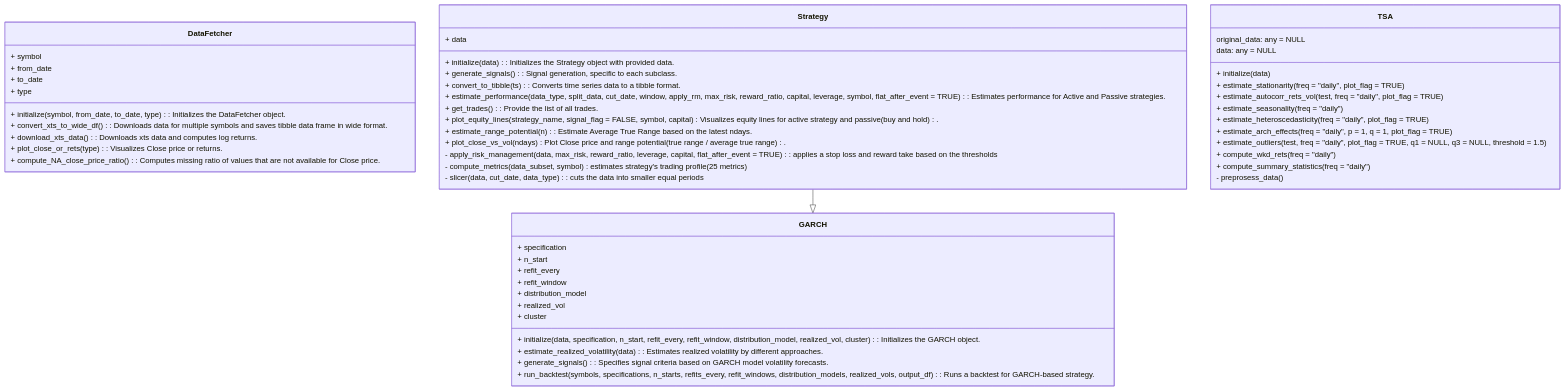
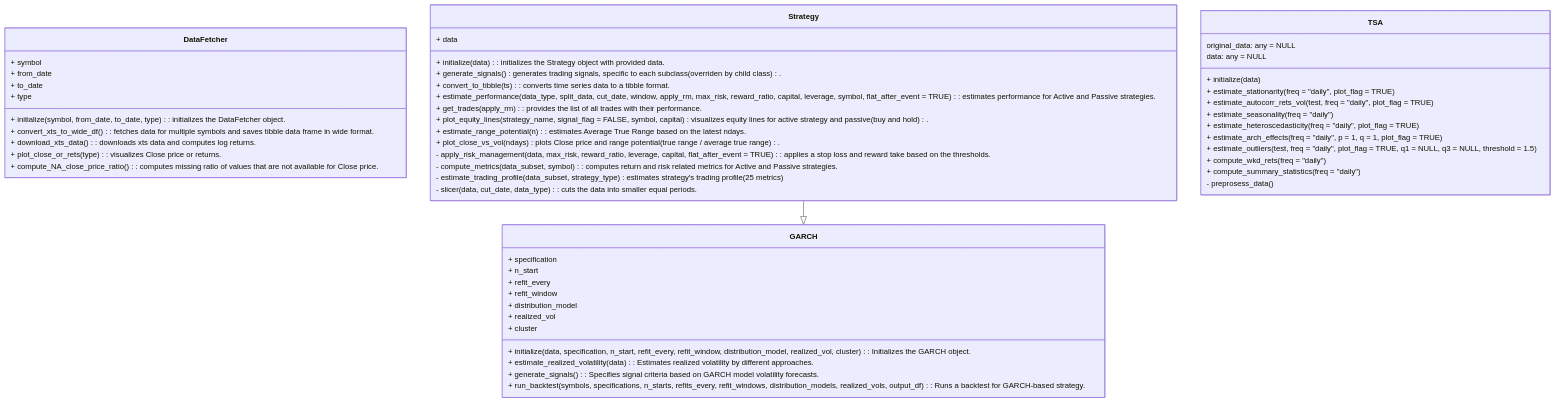
Before and after one commit to kraif999/ATS: the second of 2 diagrams in README.md, drawn with Mermaid. The commit also changed 4 other files, not shown here.

Commit message:
Update of get_trades() method, split compute_metrics() method in two functions, add plot_rm_levels. Update of number of positions calculation when reversal takes place (Open price is used instead of Close).

````diff
--- a/README.md
+++ b/README.md
@@ -65,61 +65,62 @@
 ```mermaid
 classDiagram
 
    class DataFetcher {
         + symbol
         + from_date
         + to_date
         + type
-        + initialize(symbol, from_date, to_date, type): Initializes the DataFetcher object.
-        + convert_xts_to_wide_df(): Downloads data for multiple symbols and saves tibble data frame in wide format.
-        + download_xts_data(): Downloads xts data and computes log returns.
-        + plot_close_or_rets(type): Visualizes Close price or returns.
-        + compute_NA_close_price_ratio(): Computes missing ratio of values that are not available for Close price.
+        + initialize(symbol, from_date, to_date, type): initializes the DataFetcher object.
+        + convert_xts_to_wide_df(): fetches data for multiple symbols and saves tibble data frame in wide format.
+        + download_xts_data(): downloads xts data and computes log returns.
+        + plot_close_or_rets(type): visualizes Close price or returns.
+        + compute_NA_close_price_ratio(): computes missing ratio of values that are not available for Close price.
     }
     class Strategy {
         + data
-        + initialize(data) : Initializes the Strategy object with provided data.
-        + generate_signals() : Signal generation, specific to each subclass.
-        + convert_to_tibble(ts) : Converts time series data to a tibble format.
-        + estimate_performance(data_type, split_data, cut_date, window, apply_rm, max_risk, reward_ratio, capital, leverage, symbol, flat_after_event = TRUE) : Estimates performance for Active and Passive strategies.
-        + get_trades() : Provide the list of all trades.
-        + plot_equity_lines(strategy_name, signal_flag = FALSE, symbol, capital) : Visualizes equity lines for active strategy and passive (buy and hold).
-        + estimate_range_potential(n) : Estimate Average True Range based on the latest ndays.
-        + plot_close_vs_vol(ndays) : Plot Close price and range potential (true range / average true range).
-        - apply_risk_management(data, max_risk, reward_ratio, leverage, capital, flat_after_event = TRUE) : applies a stop loss and reward take based on the thresholds
-        - compute_metrics(data_subset, symbol) : estimates strategy's trading profile (25 metrics)
-        - slicer(data, cut_date, data_type) : cuts the data into smaller equal periods
+        + initialize(data) : initializes the Strategy object with provided data.
+        + generate_signals() : generates trading signals, specific to each subclass (overriden by child class).
+        + convert_to_tibble(ts) : converts time series data to a tibble format.
+        + estimate_performance(data_type, split_data, cut_date, window, apply_rm, max_risk, reward_ratio, capital, leverage, symbol, flat_after_event = TRUE) : estimates performance for Active and Passive strategies.
+        + get_trades(apply_rm) : provides the list of all trades with their performance.
+        + plot_equity_lines(strategy_name, signal_flag = FALSE, symbol, capital) : visualizes equity lines for active strategy and passive (buy and hold).
+        + estimate_range_potential(n) : estimates Average True Range based on the latest ndays.
+        + plot_close_vs_vol(ndays) : plots Close price and range potential (true range / average true range).
+        - apply_risk_management(data, max_risk, reward_ratio, leverage, capital, flat_after_event = TRUE) : applies a stop loss and reward take based on the thresholds.
+        - compute_metrics(data_subset, symbol) : computes return and risk related metrics for Active and Passive strategies.
+        - estimate_trading_profile(data_subset, strategy_type) : estimates strategy's trading profile (25 metrics)
+        - slicer(data, cut_date, data_type) : cuts the data into smaller equal periods.
     }
 
     class TSA {
         original_data: any = NULL
         data: any = NULL
         + initialize(data)
         + estimate_stationarity(freq = "daily", plot_flag = TRUE)
         + estimate_autocorr_rets_vol(test, freq = "daily", plot_flag = TRUE)
         + estimate_seasonality(freq = "daily")
         + estimate_heteroscedasticity(freq = "daily", plot_flag = TRUE)
         + estimate_arch_effects(freq = "daily", p = 1, q = 1, plot_flag = TRUE)
         + estimate_outliers(test, freq = "daily", plot_flag = TRUE, q1 = NULL, q3 = NULL, threshold = 1.5)
         + compute_wkd_rets(freq = "daily")
         + compute_summary_statistics(freq = "daily")
         - preprosess_data()
     }
 
     class GARCH {
         + specification
         + n_start
         + refit_every
         + refit_window
         + distribution_model
         + realized_vol
         + cluster
         + initialize(data, specification, n_start, refit_every, refit_window, distribution_model, realized_vol, cluster) : Initializes the GARCH object.
         + estimate_realized_volatility(data) : Estimates realized volatility by different approaches.
         + generate_signals() : Specifies signal criteria based on GARCH model volatility forecasts.
         + run_backtest(symbols, specifications, n_starts, refits_every, refit_windows, distribution_models, realized_vols, output_df) : Runs a backtest for GARCH-based strategy.
     }
 
     Strategy --|> GARCH
     
 ```
````
